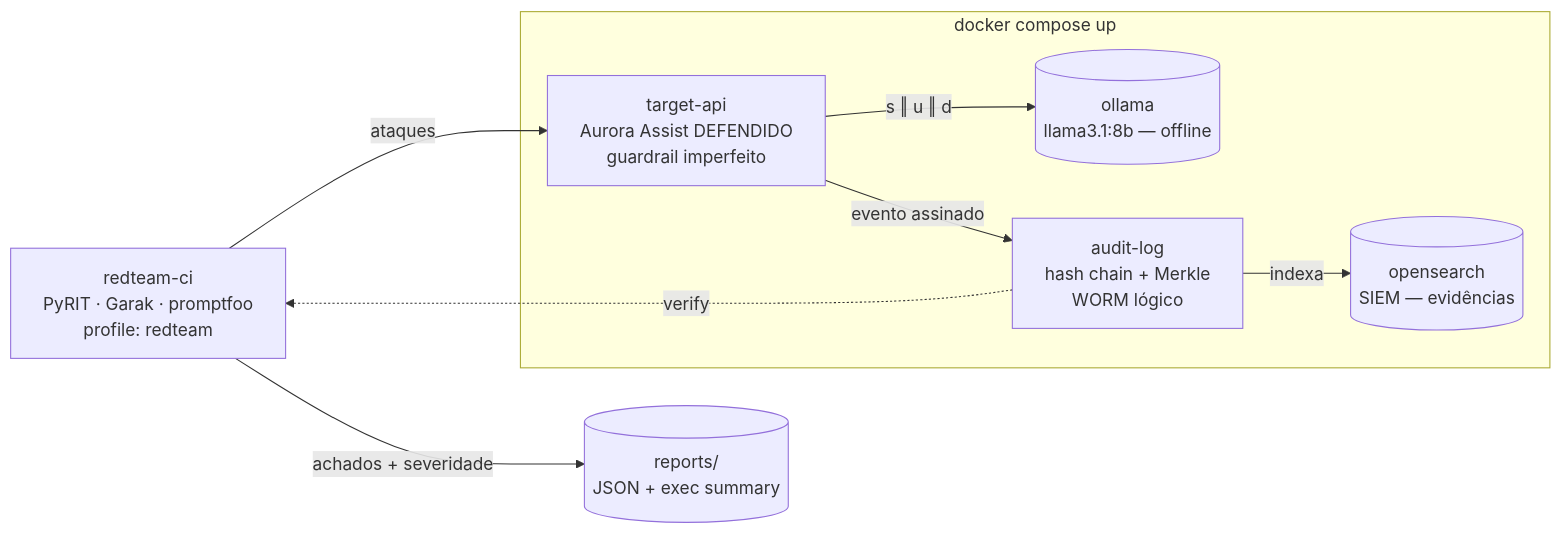
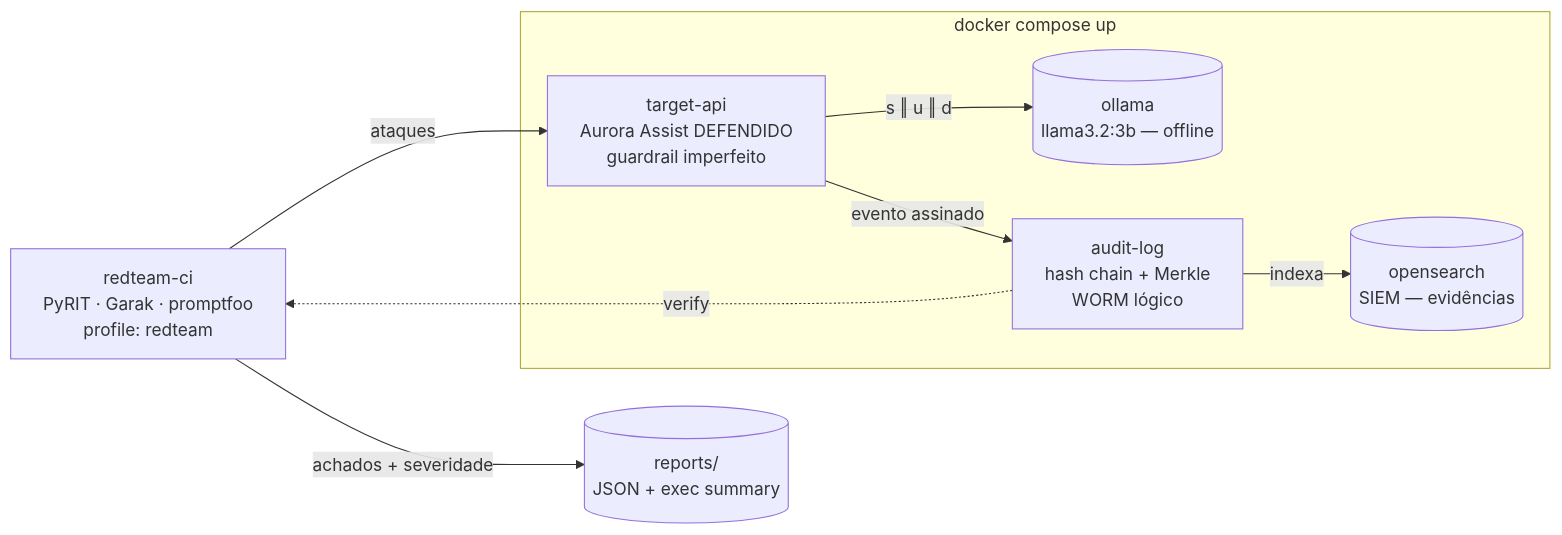
The diagram in aula04_testes_seguranca_auditoria/README.md (miyake-san/9mlet-llm-security), drawn with Mermaid before and after one commit. The commit also changed other lines of this file and 76 other files, not shown here.

````diff
--- a/aula04_testes_seguranca_auditoria/README.md
+++ b/aula04_testes_seguranca_auditoria/README.md
@@ -56,15 +56,15 @@
 ```mermaid
 flowchart LR
     RT[redteam-ci<br/>PyRIT · Garak · promptfoo<br/>profile: redteam] -->|ataques| API
     subgraph Stack["docker compose up"]
         API[target-api<br/>Aurora Assist DEFENDIDO<br/>guardrail imperfeito]
-        OLLAMA[(ollama<br/>llama3.1:8b — offline)]
+        OLLAMA[(ollama<br/>llama3.2:3b — offline)]
         AUDIT[audit-log<br/>hash chain + Merkle<br/>WORM lógico]
         OS[(opensearch<br/>SIEM — evidências)]
     end
     API -->|s ‖ u ‖ d| OLLAMA
     API -->|evento assinado| AUDIT
     AUDIT -->|indexa| OS
     RT -->|achados + severidade| REPORTS[(reports/<br/>JSON + exec summary)]
     AUDIT -.verify.-> RT
 ```
````
